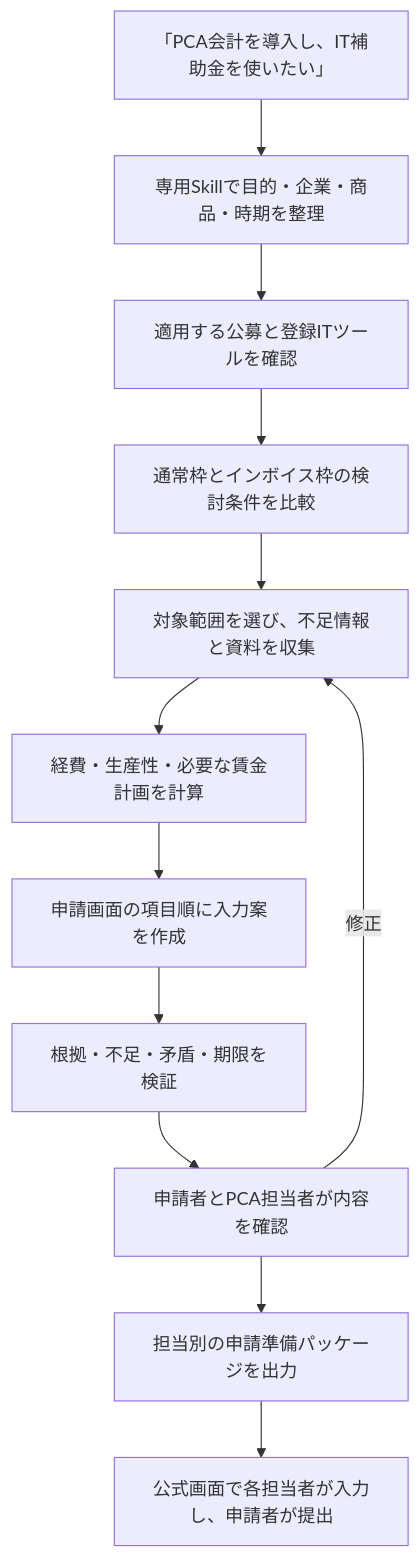
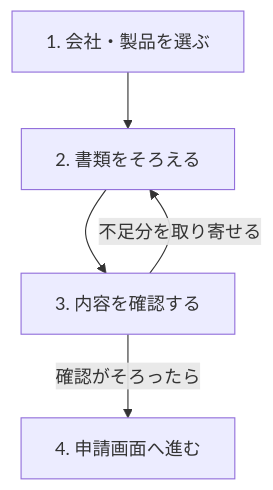
Before and after one commit to mkisama94/subsidy_ai_plugin: the diagram in docs/pca-it-grant-application-assist-spec-2026-11-05.md, drawn with Mermaid. The commit also changed other lines of this file and 136 other files, not shown here.

````diff
--- a/docs/pca-it-grant-application-assist-spec-2026-11-05.md
+++ b/docs/pca-it-grant-application-assist-spec-2026-11-05.md
@@ -84,14 +106,7 @@
 ```mermaid
 flowchart TD
-  A[「PCA会計を導入し、IT補助金を使いたい」] --> B[専用Skillで目的・企業・商品・時期を整理]
-  B --> C[適用する公募と登録ITツールを確認]
-  C --> D[通常枠とインボイス枠の検討条件を比較]
-  D --> E[対象範囲を選び、不足情報と資料を収集]
-  E --> F[経費・生産性・必要な賃金計画を計算]
-  F --> G[申請画面の項目順に入力案を作成]
-  G --> H[根拠・不足・矛盾・期限を検証]
-  H --> I[申請者とPCA担当者が内容を確認]
-  I --> J[担当別の申請準備パッケージを出力]
-  I -->|修正| E
-  J --> K[公式画面で各担当者が入力し、申請者が提出]
+  A[1. 会社・製品を選ぶ] --> B[2. 書類をそろえる]
+  B --> C[3. 内容を確認する]
+  C -->|確認がそろったら| D[4. 申請画面へ進む]
+  C -->|不足分を取り寄せる| B
 ```
````
